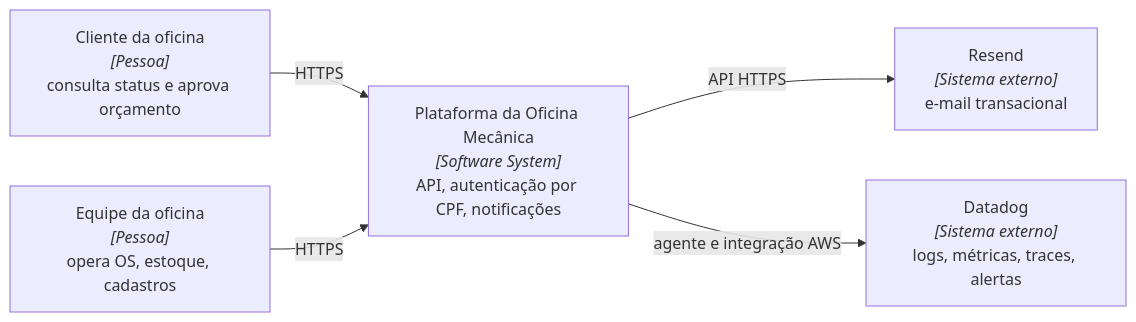
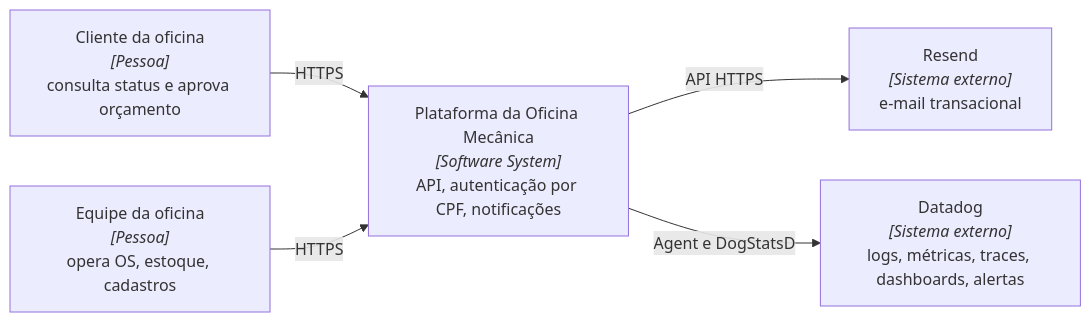
One commit to 32SOAT/oficina-mecanica-api changed the first of 5 diagrams in docs/architecture/componentes.md. Above: the diagram before and after it, drawn with Mermaid. The commit also changed other lines of this file and 16 other files, not shown here.

````diff
--- a/docs/architecture/componentes.md
+++ b/docs/architecture/componentes.md
@@ -15,15 +13,15 @@
 ```mermaid
 flowchart LR
   Cliente["Cliente da oficina<br/><i>[Pessoa]</i><br/>consulta status e aprova orçamento"]
   Equipe["Equipe da oficina<br/><i>[Pessoa]</i><br/>opera OS, estoque, cadastros"]
 
   Sistema["Plataforma da Oficina Mecânica<br/><i>[Software System]</i><br/>API, autenticação por CPF, notificações"]
 
   Resend["Resend<br/><i>[Sistema externo]</i><br/>e-mail transacional"]
-  DD["Datadog<br/><i>[Sistema externo]</i><br/>logs, métricas, traces, alertas"]
+  DD["Datadog<br/><i>[Sistema externo]</i><br/>logs, métricas, traces, dashboards, alertas"]
 
   Cliente -->|HTTPS| Sistema
   Equipe -->|HTTPS| Sistema
   Sistema -->|API HTTPS| Resend
-  Sistema -->|agente e integração AWS| DD
+  Sistema -->|Agent e DogStatsD| DD
 ```
````
